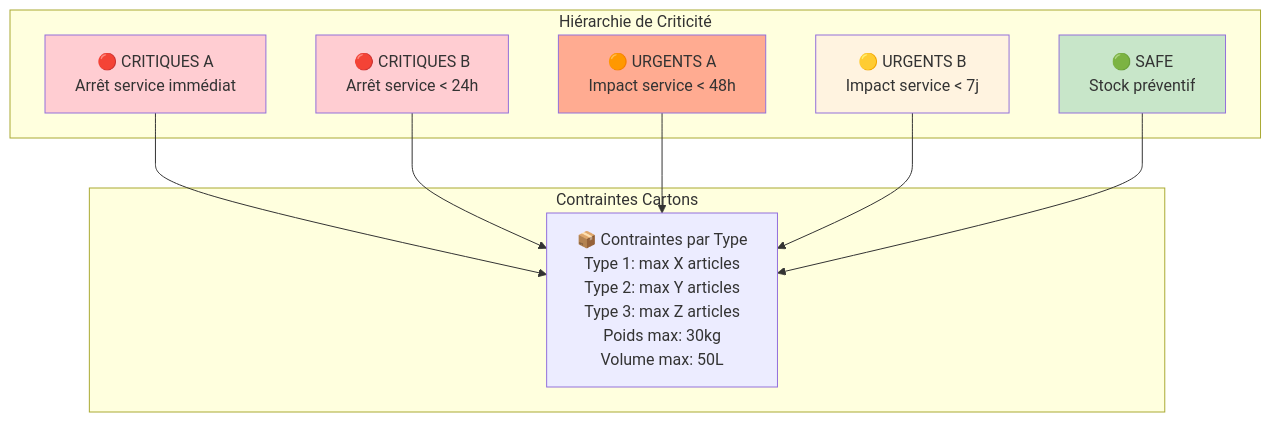
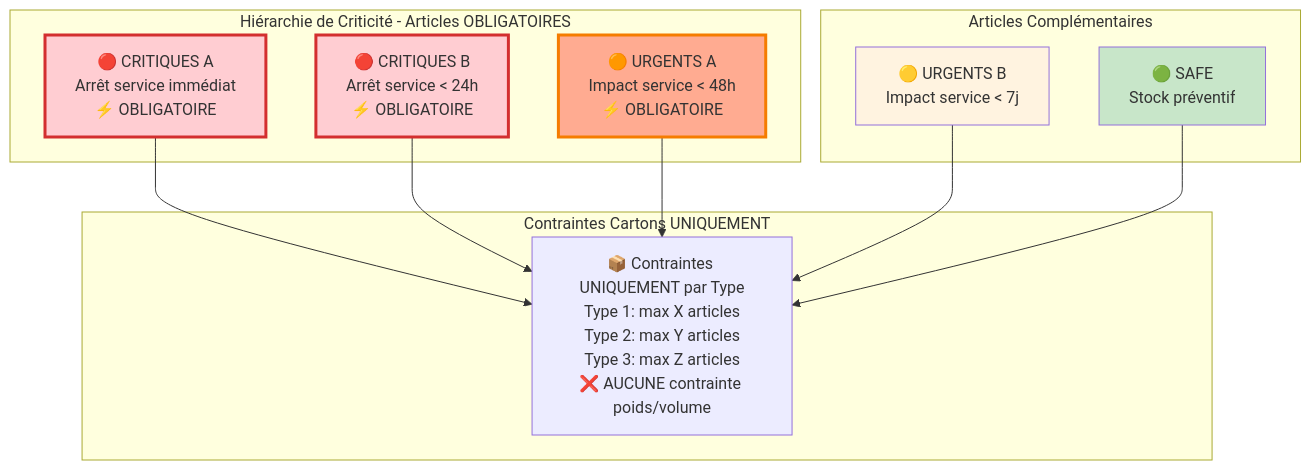
The second of 10 diagrams in algorithme_knapsack_modifie_criticite.md (Singularity-Institute/PTL-r-appro-), drawn with Mermaid before and after one commit. The commit also changed other lines of this file, not shown here.

````diff
--- a/algorithme_knapsack_modifie_criticite.md
+++ b/algorithme_knapsack_modifie_criticite.md
@@ -39,26 +39,29 @@
 ```mermaid
 graph TB
-    subgraph "Hiérarchie de Criticité"
-        CRIT_A[🔴 CRITIQUES A<br/>Arrêt service immédiat]
-        CRIT_B[🔴 CRITIQUES B<br/>Arrêt service < 24h]
-        URG_A[🟠 URGENTS A<br/>Impact service < 48h]
+    subgraph "Hiérarchie de Criticité - Articles OBLIGATOIRES"
+        CRIT_A[🔴 CRITIQUES A<br/>Arrêt service immédiat<br/>⚡ OBLIGATOIRE]
+        CRIT_B[🔴 CRITIQUES B<br/>Arrêt service < 24h<br/>⚡ OBLIGATOIRE]
+        URG_A[🟠 URGENTS A<br/>Impact service < 48h<br/>⚡ OBLIGATOIRE]
+    end
+
+    subgraph "Articles Complémentaires"
         URG_B[🟡 URGENTS B<br/>Impact service < 7j]
         SAFE[🟢 SAFE<br/>Stock préventif]
     end
-    
-    subgraph "Contraintes Cartons"
-        CONSTRAINT[📦 Contraintes par Type<br/>Type 1: max X articles<br/>Type 2: max Y articles<br/>Type 3: max Z articles<br/>Poids max: 30kg<br/>Volume max: 50L]
+
+    subgraph "Contraintes Cartons UNIQUEMENT"
+        CONSTRAINT[📦 Contraintes UNIQUEMENT par Type<br/>Type 1: max X articles<br/>Type 2: max Y articles<br/>Type 3: max Z articles<br/>❌ AUCUNE contrainte poids/volume]
     end
-    
+
     CRIT_A --> CONSTRAINT
     CRIT_B --> CONSTRAINT
     URG_A --> CONSTRAINT
     URG_B --> CONSTRAINT
     SAFE --> CONSTRAINT
-    
-    style CRIT_A fill:#ffcdd2
-    style CRIT_B fill:#ffcdd2
-    style URG_A fill:#ffab91
+
+    style CRIT_A fill:#ffcdd2,stroke:#d32f2f,stroke-width:3px
+    style CRIT_B fill:#ffcdd2,stroke:#d32f2f,stroke-width:3px
+    style URG_A fill:#ffab91,stroke:#f57c00,stroke-width:3px
     style URG_B fill:#fff3e0
     style SAFE fill:#c8e6c9
 ```
````
